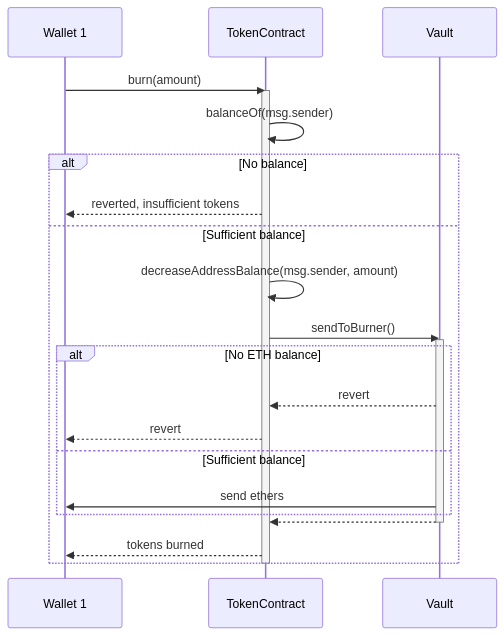
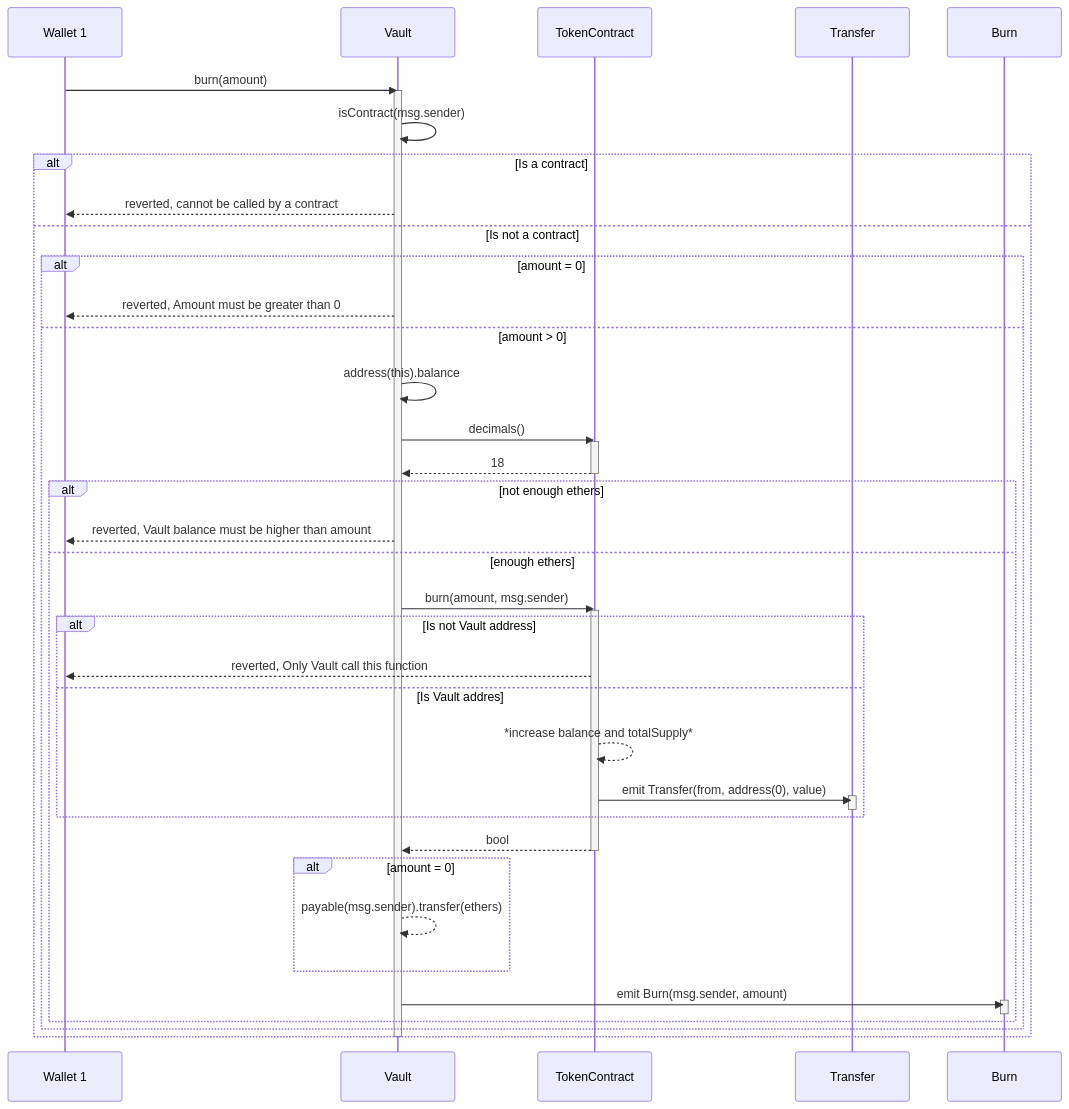
One commit to ramigonzalez/staking-platform changed the fourth of 6 diagrams in Documents/SequenceDiagrams.md. Above: the diagram before and after it, drawn with Mermaid. The commit also changed other lines of this file, not shown here.

Commit message:
update of burn and setAPR

````diff
--- a/Documents/SequenceDiagrams.md
+++ b/Documents/SequenceDiagrams.md
@@ -76,23 +76,44 @@
 ```mermaid
 sequenceDiagram
-Wallet 1->>TokenContract: burn(amount)
-activate TokenContract
-TokenContract->>TokenContract: balanceOf(msg.sender)
-alt No balance
-    TokenContract-->>Wallet 1: reverted, insufficient tokens
-else Sufficient balance
-    TokenContract->>TokenContract: decreaseAddressBalance(msg.sender, amount)
-    TokenContract->>Vault: sendToBurner()
-    activate Vault
-    alt No ETH balance
-        Vault-->>TokenContract: revert
-        TokenContract-->>Wallet 1: revert
-    else Sufficient balance
-        Vault->>Wallet 1: send ethers
+Wallet 1->>Vault: burn(amount)
+activate Vault
+Vault->>Vault: isContract(msg.sender)
+alt Is a contract
+    Vault-->>Wallet 1: reverted, cannot be called by a contract
+else Is not a contract
+    alt amount = 0
+        Vault-->>Wallet 1: reverted, Amount must be greater than 0
+    else amount > 0
+        Vault->>Vault: address(this).balance
+        Vault->>TokenContract: decimals()
+        activate TokenContract
+        TokenContract-->>Vault: 18
+        deactivate TokenContract
+        alt not enough ethers
+            Vault-->>Wallet 1: reverted, Vault balance must be higher than amount
+        else enough ethers
+            Vault->>TokenContract: burn(amount, msg.sender)
+            activate TokenContract
+            alt Is not Vault address
+                TokenContract-->>Wallet 1: reverted, Only Vault call this function
+            else Is Vault addres
+                TokenContract-->>TokenContract: *increase balance and totalSupply*
+                TokenContract->>Transfer: emit Transfer(from, address(0), value)
+                activate Transfer
+                deactivate Transfer
+            end
+            TokenContract-->>Vault: bool
+            deactivate TokenContract
+
+            alt amount = 0
+                Vault-->>Vault: payable(msg.sender).transfer(ethers)
+            end
+
+            Vault->>Burn: emit Burn(msg.sender, amount)
+            activate Burn
+            deactivate Burn
+        end  
     end
-    Vault-->>TokenContract: 
-    deactivate Vault
-    TokenContract-->>Wallet 1: tokens burned
 end
-deactivate TokenContract
+deactivate Vault
 ```
````
